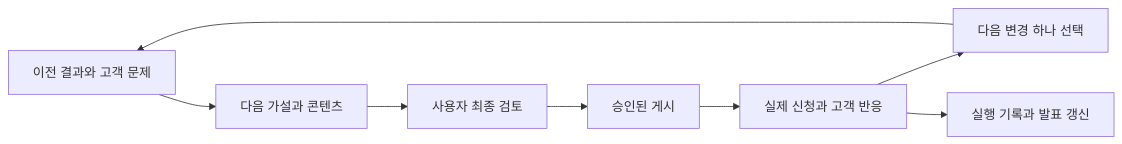
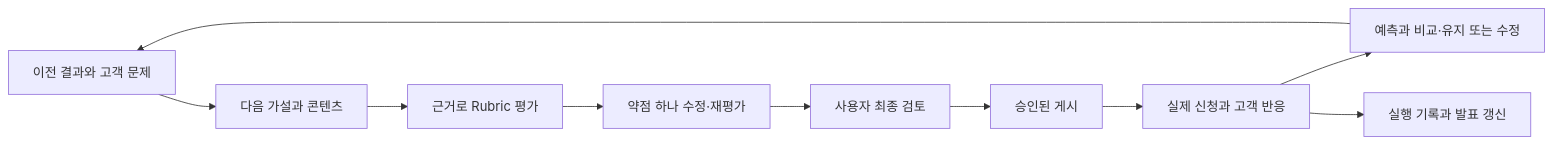
One commit to Joon-Park92/clone-gtm changed the diagram in docs/gtm/presentation.md. Above: the diagram before and after it, drawn with Mermaid. The commit also changed other lines of this file and 15 other files, not shown here.

````diff
--- a/docs/gtm/presentation.md
+++ b/docs/gtm/presentation.md
@@ -27,10 +27,12 @@
 ```mermaid
 flowchart LR
     A[이전 결과와 고객 문제] --> B[다음 가설과 콘텐츠]
-    B --> C[사용자 최종 검토]
+    B --> R[근거로 Rubric 평가]
+    R --> S[약점 하나 수정·재평가]
+    S --> C[사용자 최종 검토]
     C --> D[승인된 게시]
     D --> E[실제 신청과 고객 반응]
-    E --> F[다음 변경 하나 선택]
+    E --> F[예측과 비교·유지 또는 수정]
     F --> A
     E --> G[실행 기록과 발표 갱신]
 ```
````
